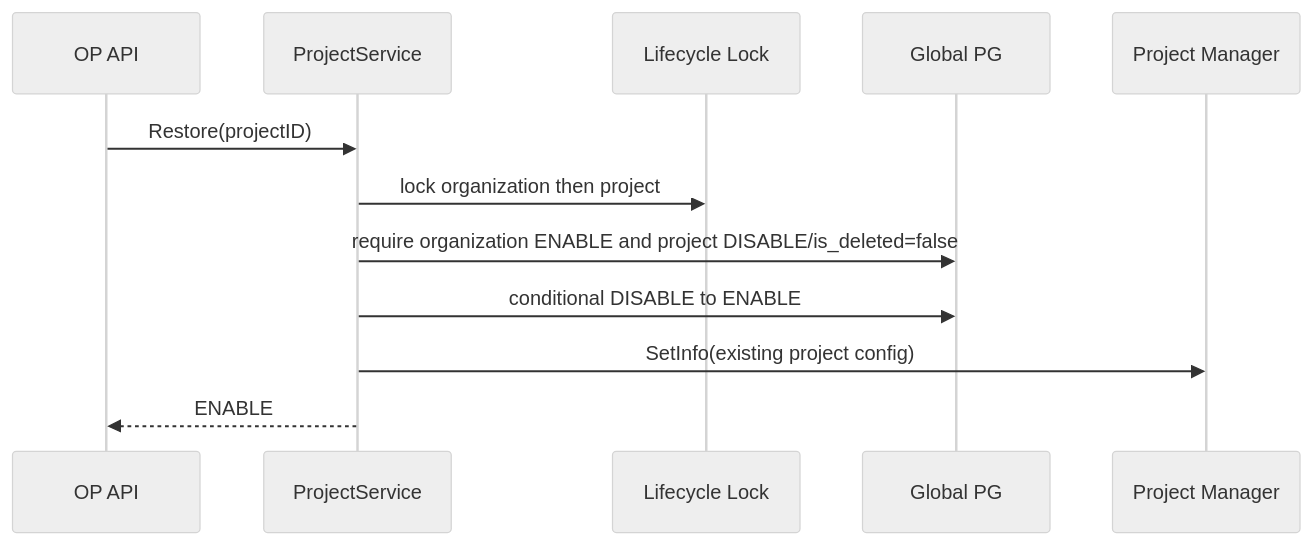
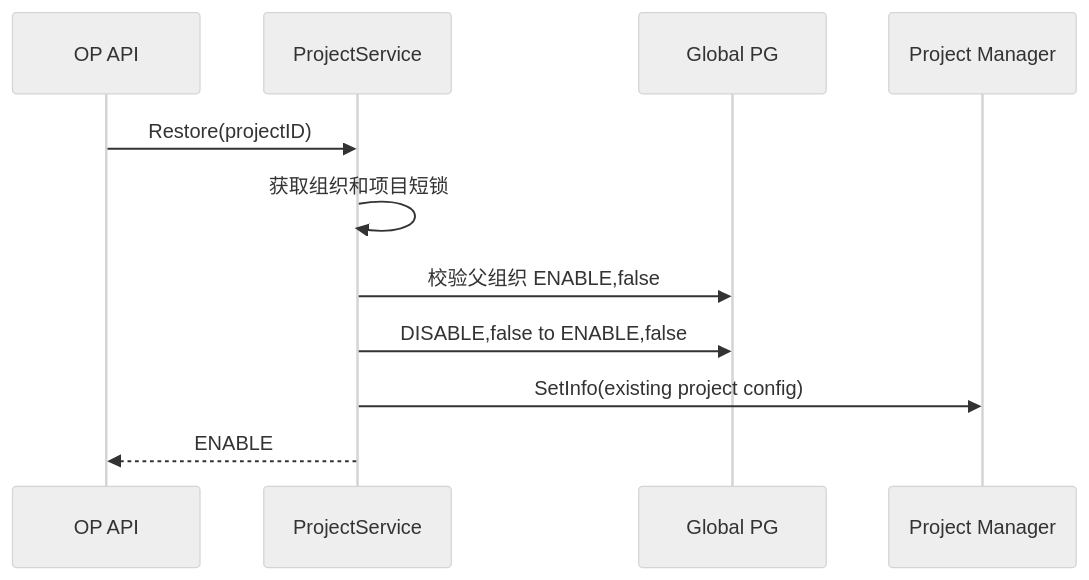
The third of 6 diagrams in specs/20260716-Wave-Refac-OrganizationProjectLifecycle/03-plan.md (qinwenshiCH/workflow), drawn with Mermaid (neutral theme) before and after one commit. The commit also changed other lines of this file and 4 other files, not shown here.

````diff
--- a/specs/20260716-Wave-Refac-OrganizationProjectLifecycle/03-plan.md
+++ b/specs/20260716-Wave-Refac-OrganizationProjectLifecycle/03-plan.md
@@ -136,15 +124,14 @@
 ```mermaid
 sequenceDiagram
     participant OP as OP API
     participant S as ProjectService
-    participant L as Lifecycle Lock
     participant DB as Global PG
     participant PM as Project Manager
 
     OP->>S: Restore(projectID)
-    S->>L: lock organization then project
-    S->>DB: require organization ENABLE and project DISABLE/is_deleted=false
-    S->>DB: conditional DISABLE to ENABLE
+    S->>S: 获取组织和项目短锁
+    S->>DB: 校验父组织 ENABLE,false
+    S->>DB: DISABLE,false to ENABLE,false
     S->>PM: SetInfo(existing project config)
     S-->>OP: ENABLE
 ```
````
